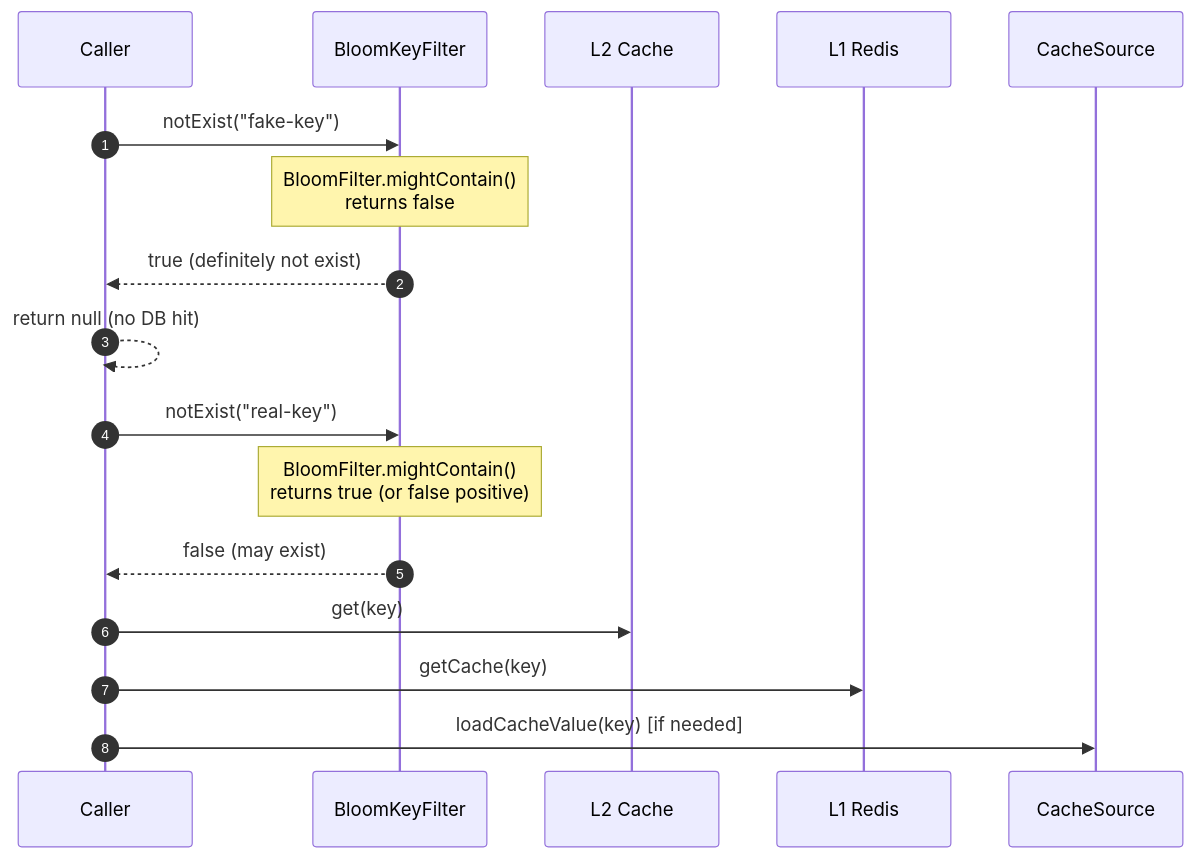
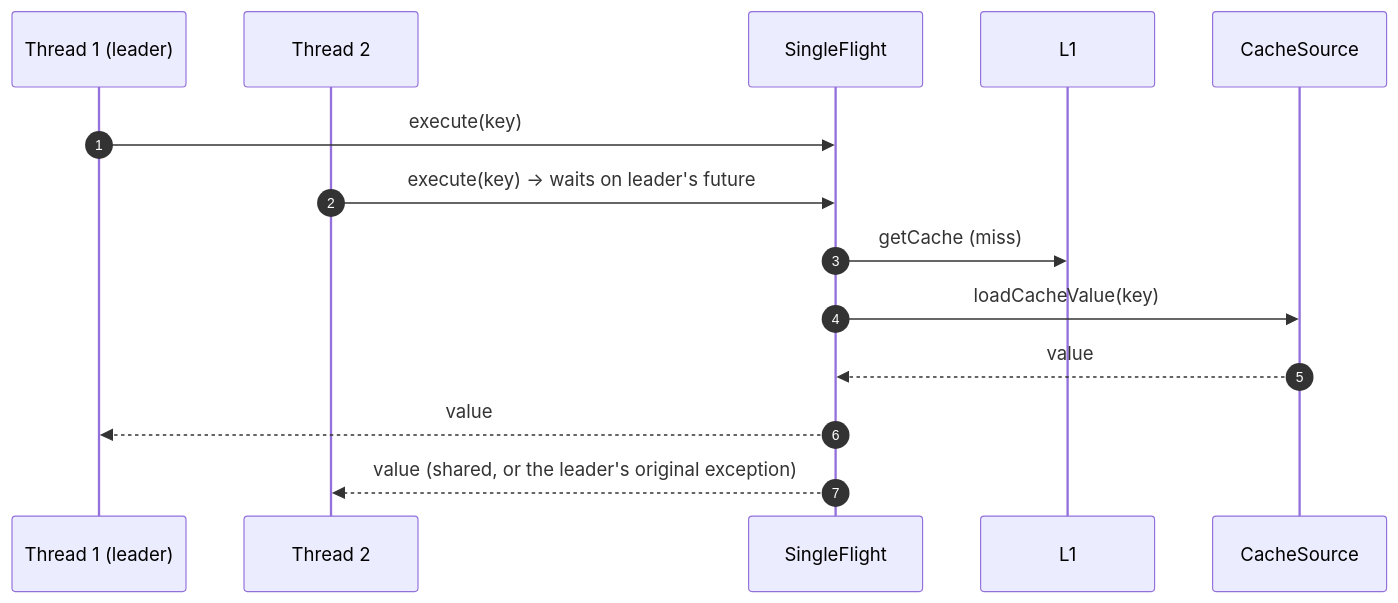
One commit to Ahoo-Wang/CoCache changed the first of 2 diagrams in wiki/testing/performance-patterns.md. Above: the diagram before and after it, drawn with Mermaid. The commit also changed other lines of this file and 256 other files, not shown here.

````diff
--- a/wiki/testing/performance-patterns.md
+++ b/wiki/testing/performance-patterns.md
@@ -189,22 +12,17 @@
 ```mermaid
 sequenceDiagram
 autonumber
-    participant Caller as Caller
-    participant BF as BloomKeyFilter
-    participant L2 as L2 Cache
-    participant L1 as L1 Redis
+    participant T1 as Thread 1 (leader)
+    participant T2 as Thread 2
+    participant SF as SingleFlight
+    participant L1 as L1
     participant L0 as CacheSource
 
-    Caller->>BF: notExist("fake-key")
-    Note over BF: BloomFilter.mightContain()<br>returns false
-    BF-->>Caller: true (definitely not exist)
-    Caller-->>Caller: return null (no DB hit)
-
-    Caller->>BF: notExist("real-key")
-    Note over BF: BloomFilter.mightContain()<br>returns true (or false positive)
-    BF-->>Caller: false (may exist)
-    Caller->>L2: get(key)
-    Caller->>L1: getCache(key)
-    Caller->>L0: loadCacheValue(key) [if needed]
-
+    T1->>SF: execute(key)
+    T2->>SF: execute(key) → waits on leader's future
+    SF->>L1: getCache (miss)
+    SF->>L0: loadCacheValue(key)
+    L0-->>SF: value
+    SF-->>T1: value
+    SF-->>T2: value (shared, or the leader's original exception)
 ```
````
